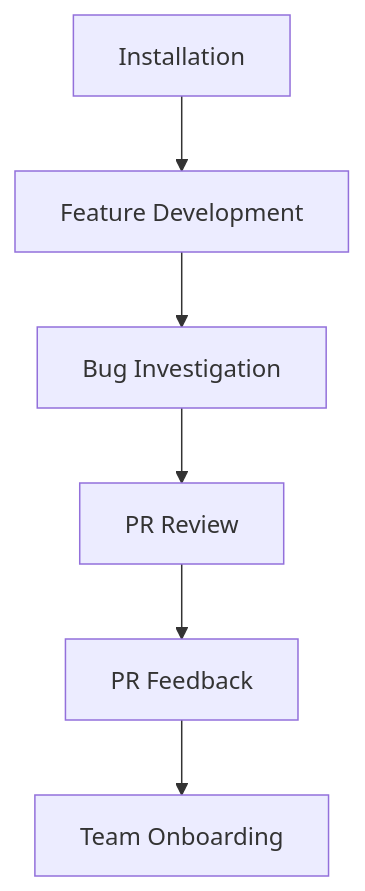
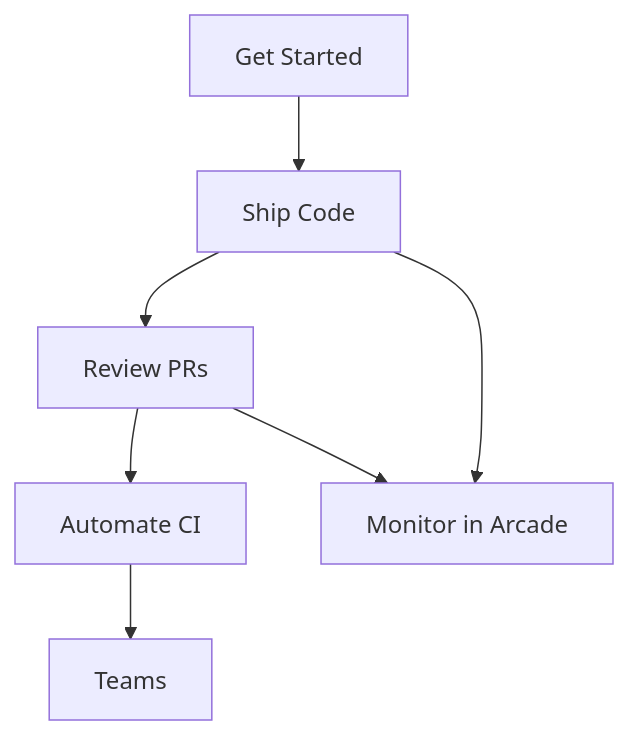
Before and after one commit to rp1-run/rp1: the diagram in docs/guides/index.md, drawn with Mermaid. The commit also changed other lines of this file and 41 other files, not shown here.

````diff
--- a/docs/guides/index.md
+++ b/docs/guides/index.md
@@ -67,8 +91,9 @@
 ```mermaid
 flowchart TB
-    INST[Installation] --> FD[Feature Development]
-    FD --> BI[Bug Investigation]
-    BI --> PR[PR Review]
-    PR --> FB[PR Feedback]
-    FB --> TO[Team Onboarding]
+    START[Get Started] --> SHIP[Ship Code]
+    SHIP --> REVIEW[Review PRs]
+    REVIEW --> AUTO[Automate CI]
+    AUTO --> TEAM[Teams]
+    SHIP --> ARCADE[Monitor in Arcade]
+    REVIEW --> ARCADE
 ```
````
